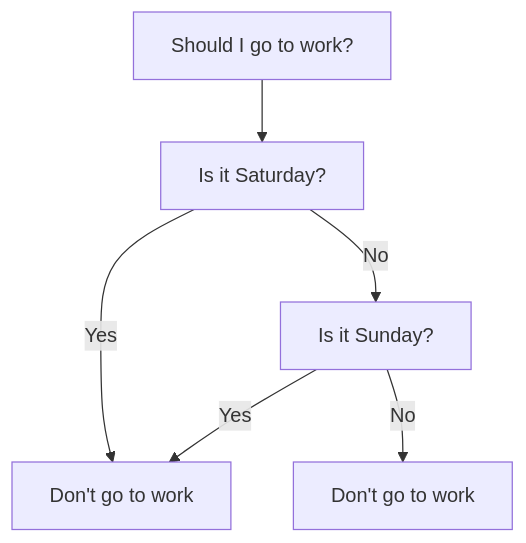
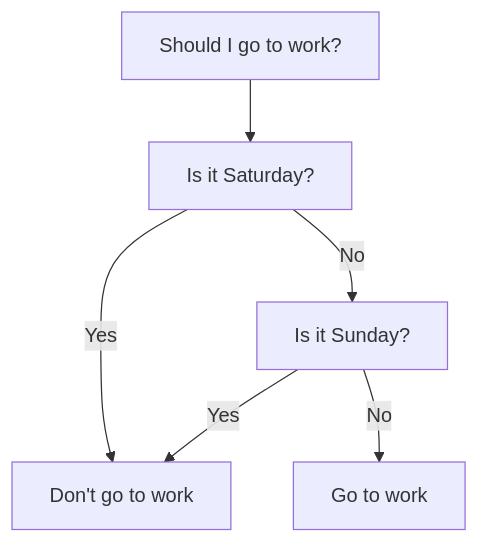
One commit to harwoodjp/mermaid-test changed the diagram in README.md. Above: the diagram before and after it, drawn with Mermaid.

````diff
--- a/README.md
+++ b/README.md
@@ -1,8 +1,8 @@
 ```mermaid
 flowchart TD
   A[Should I go to work?] --> B[Is it Saturday?];
   B -- Yes --> C[Don't go to work];
   B -- No --> D[Is it Sunday?];
   D -- Yes --> C;
-  D -- No --> E[Don't go to work];
+  D -- No --> E[Go to work];
 ```
````
